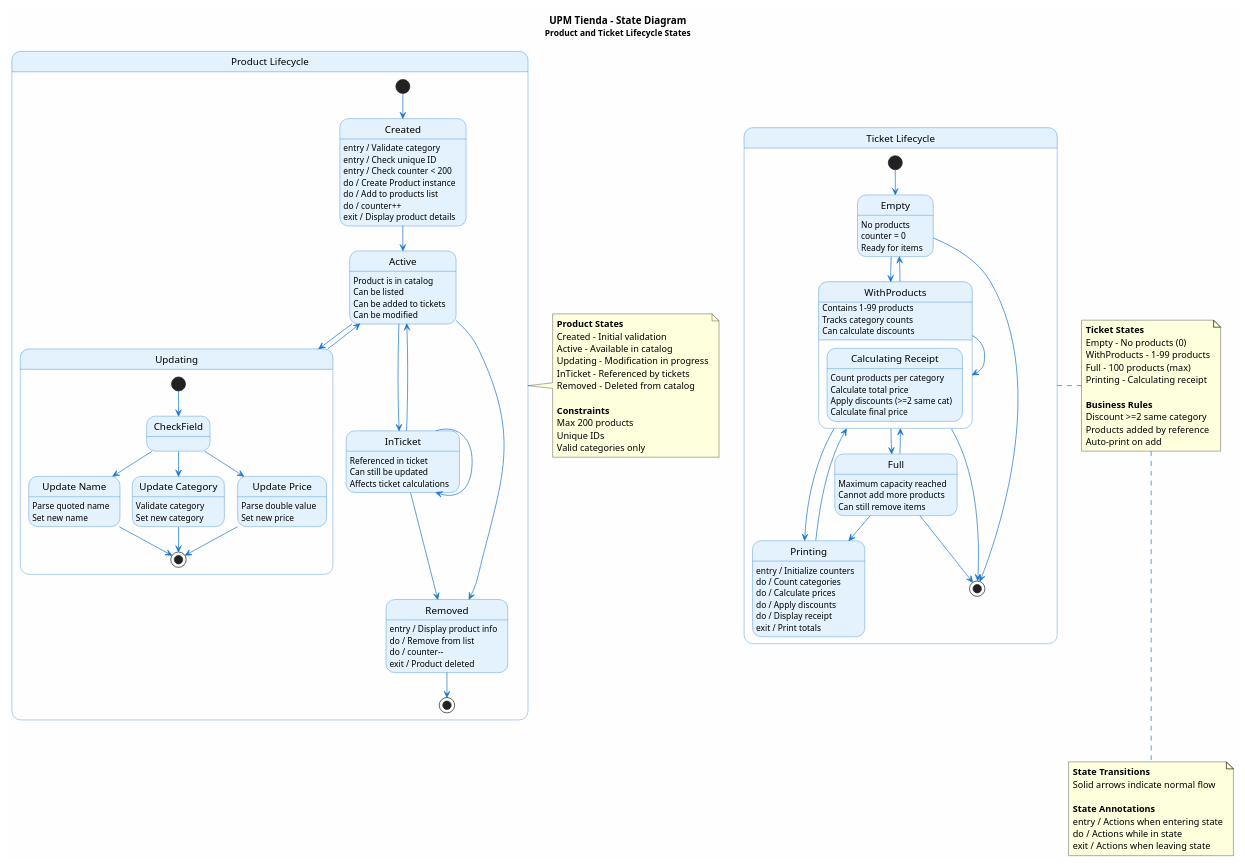
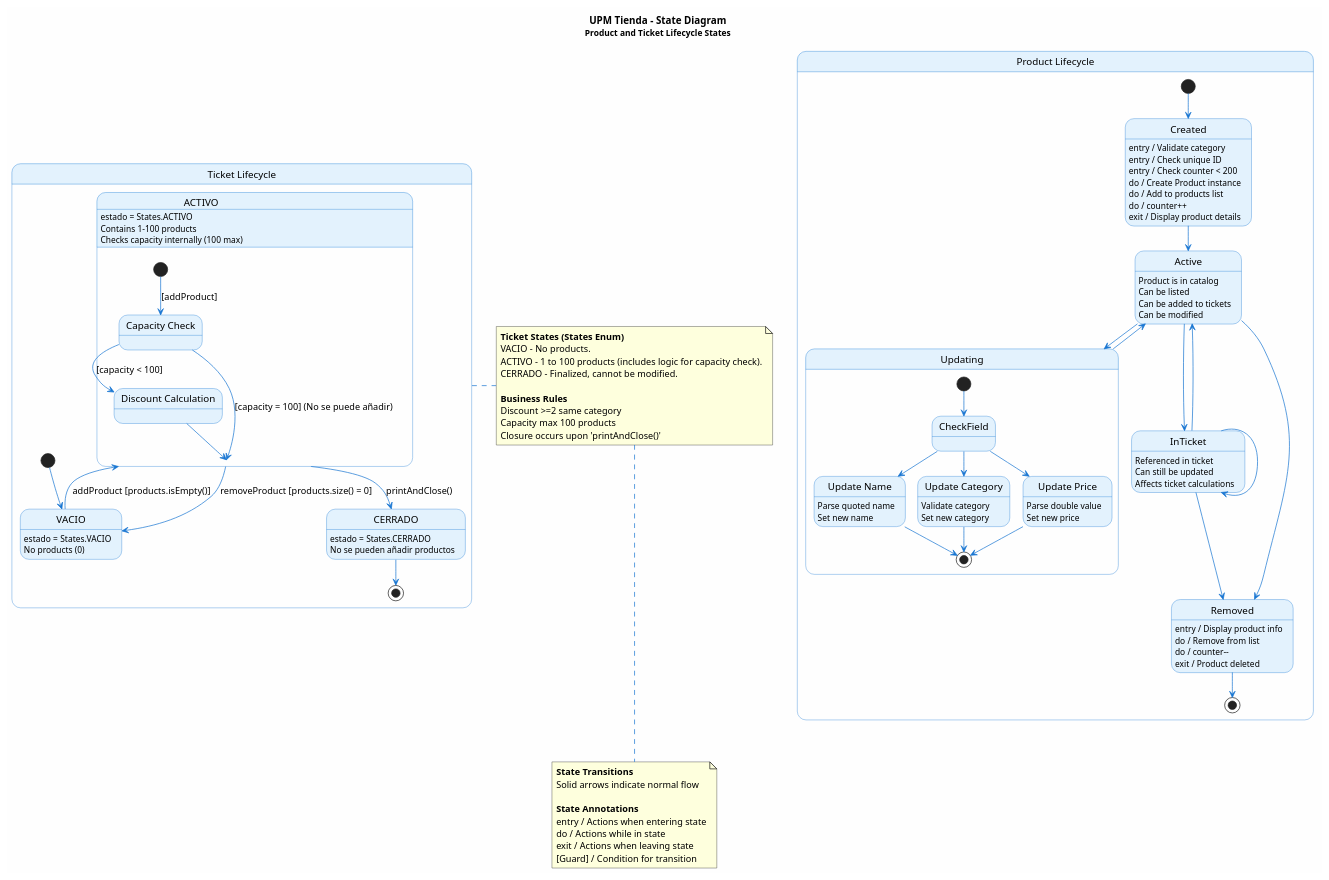
Before and after one commit to Hacking-jack/UPM_tienda: the diagram in uml/state-diagram.puml, drawn with PlantUML. The commit also changed 5 other files, not shown here.

Commit message:
UML ACTUALIZACION

```diff
--- a/uml/state-diagram.puml
+++ b/uml/state-diagram.puml
@@ -1,180 +1,147 @@
 @startuml State_Diagram
 
 skinparam backgroundColor #FEFEFE
 skinparam defaultFontName Arial
 skinparam stateBorderColor #1976D2
 skinparam stateBackgroundColor #E3F2FD
 skinparam stateArrowColor #1976D2
 
 title UPM Tienda - State Diagram\n<size:12>Product and Ticket Lifecycle States</size>
 
 state "Product Lifecycle" as ProductLife {
 
   [*] --> Created
 
   state Created {
     Created : entry / Validate category
     Created : entry / Check unique ID
     Created : entry / Check counter < 200
     Created : do / Create Product instance
     Created : do / Add to products list
     Created : do / counter++
     Created : exit / Display product details
   }
 
   Created --> Active
 
   state Active {
     Active : Product is in catalog
     Active : Can be listed
     Active : Can be added to tickets
     Active : Can be modified
   }
 
   Active --> Updating
 
   state Updating {
     state "Update Name" as UpdateName
     state "Update Category" as UpdateCat
     state "Update Price" as UpdatePrice
 
     [*] --> CheckField
 
     CheckField --> UpdateName
     CheckField --> UpdateCat
     CheckField --> UpdatePrice
 
     UpdateName : Parse quoted name
     UpdateName : Set new name
 
     UpdateCat : Validate category
     UpdateCat : Set new category
 
     UpdatePrice : Parse double value
     UpdatePrice : Set new price
 
     UpdateName --> [*]
     UpdateCat --> [*]
     UpdatePrice --> [*]
   }
 
   Updating --> Active
 
   Active --> InTicket
 
   state InTicket {
     InTicket : Referenced in ticket
     InTicket : Can still be updated
     InTicket : Affects ticket calculations
   }
 
   InTicket --> Active
   InTicket --> InTicket
 
   Active --> Removed
   InTicket --> Removed
 
   state Removed {
     Removed : entry / Display product info
     Removed : do / Remove from list
     Removed : do / counter--
     Removed : exit / Product deleted
   }
 
   Removed --> [*]
 }
 
 state "Ticket Lifecycle" as TicketLife {
 
-  [*] --> Empty
+  [*] --> VACIO
 
-  state Empty {
-    Empty : No products
-    Empty : counter = 0
-    Empty : Ready for items
+  state VACIO {
+    VACIO : estado = States.VACIO
+    VACIO : No products (0)
   }
 
-  Empty --> WithProducts
+  state ACTIVO {
+    ACTIVO : estado = States.ACTIVO
+    ACTIVO : Contains 1-100 products
+    ACTIVO : Checks capacity internally (100 max)
 
-  state WithProducts {
-    WithProducts : Contains 1-99 products
-    WithProducts : Tracks category counts
-    WithProducts : Can calculate discounts
+    state "Capacity Check" as CapCheck
+    state "Discount Calculation" as DiscountCalc
 
-    state "Calculating Receipt" as CalcReceipt {
-      CalcReceipt : Count products per category
-      CalcReceipt : Calculate total price
-      CalcReceipt : Apply discounts (>=2 same cat)
-      CalcReceipt : Calculate final price
-    }
+    [*] --> CapCheck : [addProduct]
+    CapCheck --> DiscountCalc : [capacity < 100]
+    CapCheck --> ACTIVO : [capacity = 100] (No se puede añadir)
+
+    DiscountCalc --> ACTIVO
   }
 
-  WithProducts --> WithProducts
-  WithProducts --> Full
-
-  state Full {
-    Full : Maximum capacity reached
-    Full : Cannot add more products
-    Full : Can still remove items
+  state CERRADO {
+    CERRADO : estado = States.CERRADO
+    CERRADO : No se pueden añadir productos
   }
 
-  Full --> WithProducts
-  WithProducts --> Empty
+  VACIO --> ACTIVO : addProduct [products.isEmpty()]
+  ACTIVO --> VACIO : removeProduct [products.size() = 0]
 
-  WithProducts --> Printing
-  Full --> Printing
+  ACTIVO --> CERRADO : printAndClose()
 
-  state Printing {
-    Printing : entry / Initialize counters
-    Printing : do / Count categories
-    Printing : do / Calculate prices
-    Printing : do / Apply discounts
-    Printing : do / Display receipt
-    Printing : exit / Print totals
-  }
-
-  Printing --> WithProducts
-
-  WithProducts --> [*]
-  Full --> [*]
-  Empty --> [*]
+  CERRADO --> [*]
 }
 
-note right of ProductLife
-  <b>Product States</b>
-  Created - Initial validation
-  Active - Available in catalog
-  Updating - Modification in progress
-  InTicket - Referenced by tickets
-  Removed - Deleted from catalog
-
-  <b>Constraints</b>
-  Max 200 products
-  Unique IDs
-  Valid categories only
-end note
-
 note right of TicketLife
-  <b>Ticket States</b>
-  Empty - No products (0)
-  WithProducts - 1-99 products
-  Full - 100 products (max)
-  Printing - Calculating receipt
+  <b>Ticket States (States Enum)</b>
+  VACIO - No products.
+  ACTIVO - 1 to 100 products (includes logic for capacity check).
+  CERRADO - Finalized, cannot be modified.
 
   <b>Business Rules</b>
   Discount >=2 same category
-  Products added by reference
-  Auto-print on add
+  Capacity max 100 products
+  Closure occurs upon 'printAndClose()'
 end note
 
 note bottom
   <b>State Transitions</b>
   Solid arrows indicate normal flow
 
   <b>State Annotations</b>
   entry / Actions when entering state
   do / Actions while in state
   exit / Actions when leaving state
+  [Guard] / Condition for transition
 end note
 
 @enduml
```
